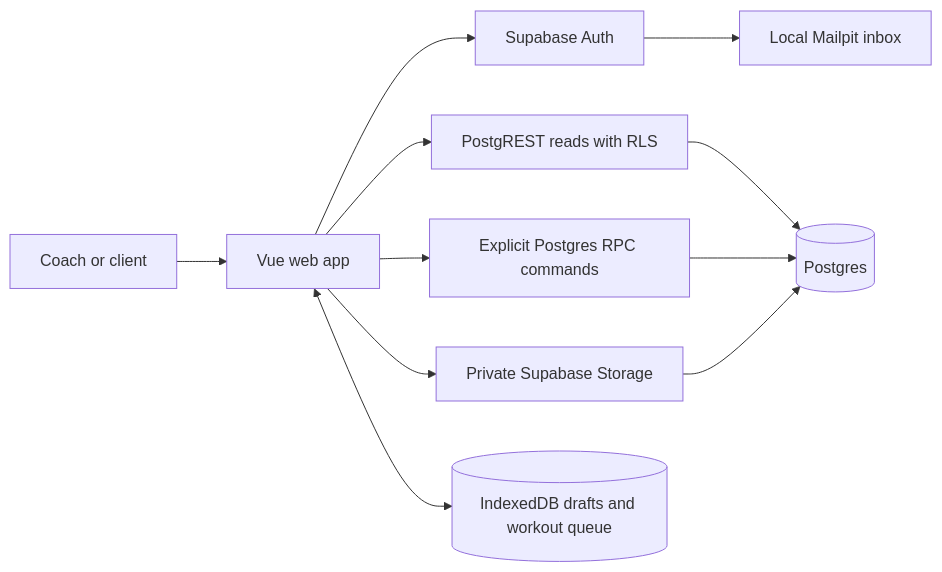
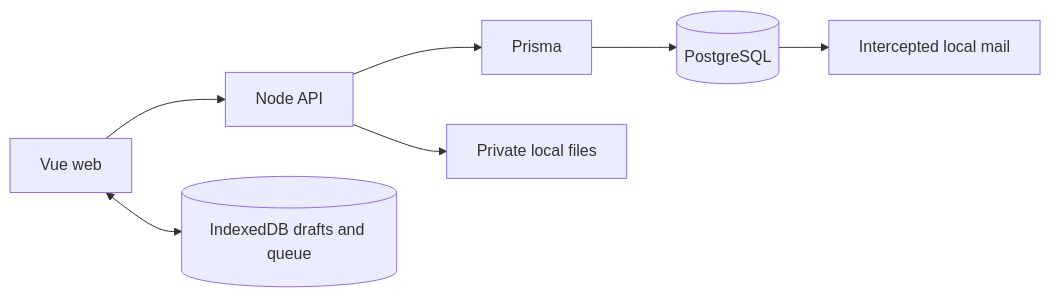
One commit to KenseiEmam/Rafik-OpenSource changed the diagram in docs/implementation/maintainer-guide.md. Above: the diagram before and after it, drawn with Mermaid. The commit also changed other lines of this file and 81 other files, not shown here.

Commit message:
feat: replace Supabase runtime with Prisma PostgreSQL API

````diff
--- a/docs/implementation/maintainer-guide.md
+++ b/docs/implementation/maintainer-guide.md
@@ -18,13 +7,9 @@
 ```mermaid
 flowchart LR
-  Person[Coach or client] --> Web[Vue web app]
-  Web --> Auth[Supabase Auth]
-  Web --> Read[PostgREST reads with RLS]
-  Web --> Commands[Explicit Postgres RPC commands]
-  Read --> DB[(Postgres)]
-  Commands --> DB
-  Web --> Storage[Private Supabase Storage]
-  Storage --> DB
-  Web <--> Device[(IndexedDB drafts and workout queue)]
-  Auth --> Mail[Local Mailpit inbox]
+  Web[Vue web] --> API[Node API]
+  API --> Prisma[Prisma]
+  Prisma --> DB[(PostgreSQL)]
+  API --> Files[Private local files]
+  Web <--> Device[(IndexedDB drafts and queue)]
+  DB --> Inbox[Intercepted local mail]
 ```
````
